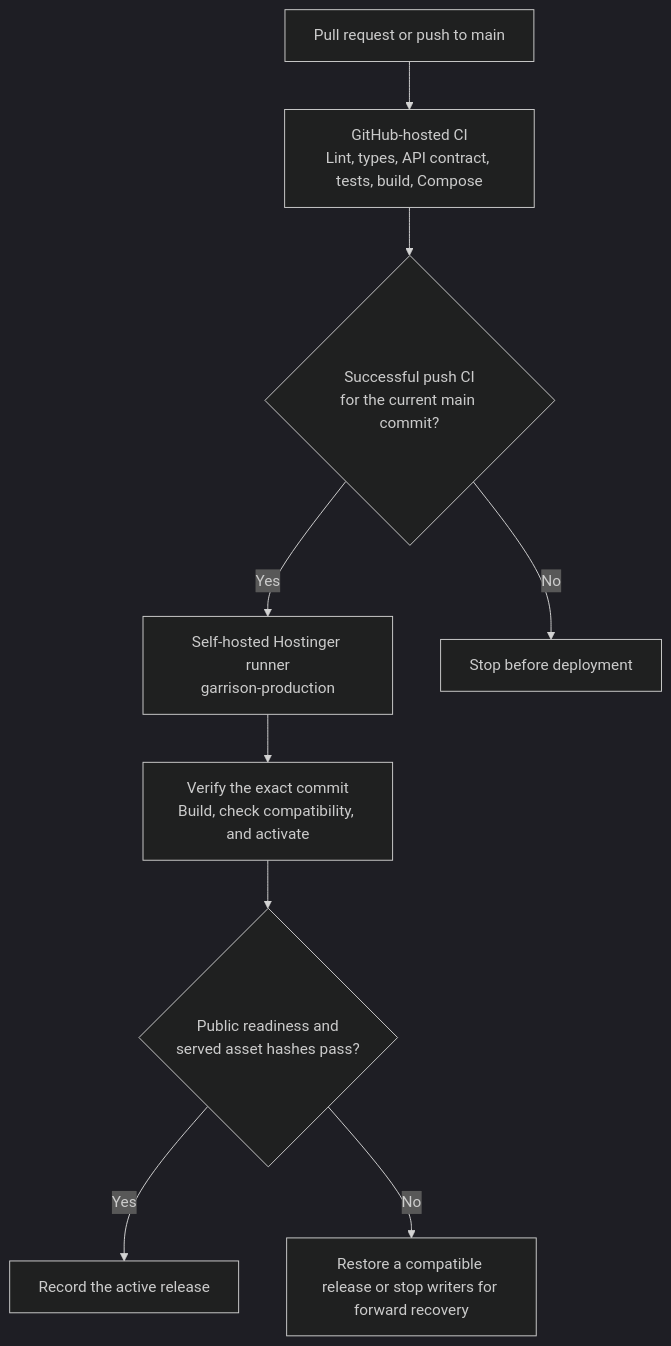
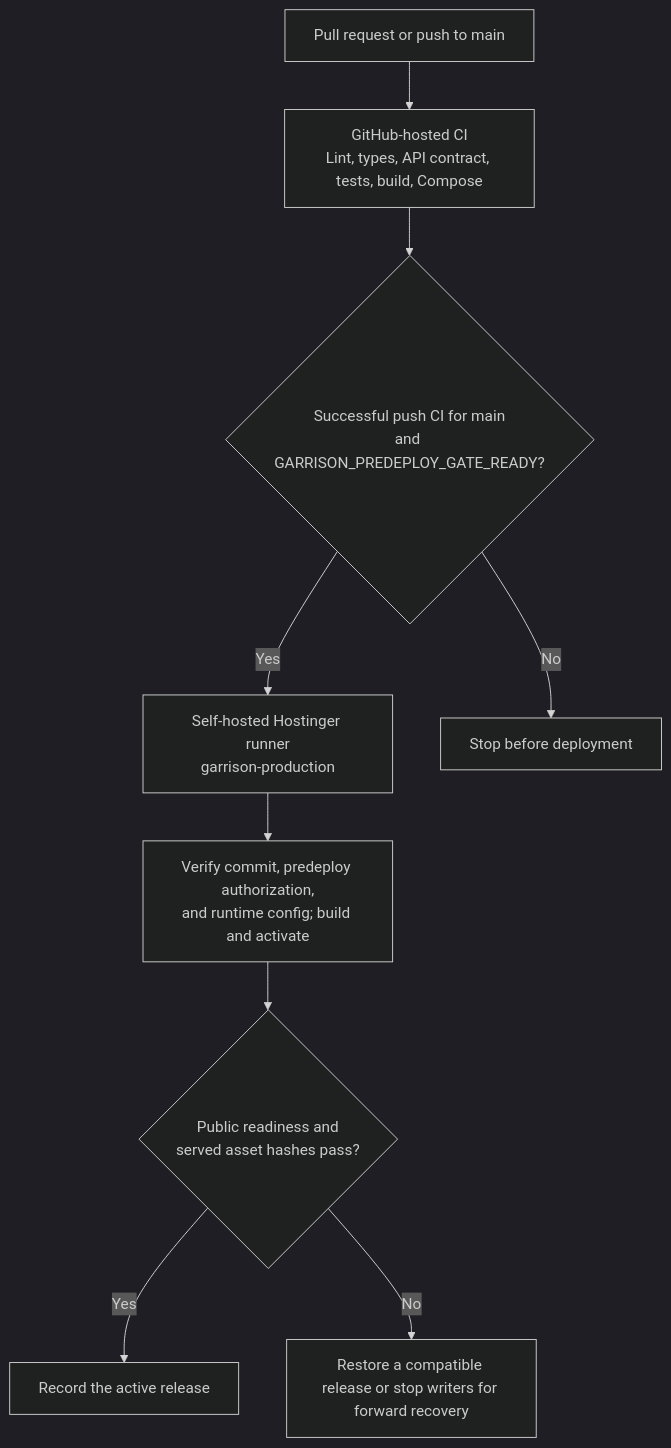
The third of 3 diagrams in README.md (nirzaf/garrison-investments), drawn with Mermaid (dark theme) before and after one commit. The commit also changed other lines of this file and 2 other files, not shown here.

Commit message:
Update documentation for recent portal and release changes

````diff
--- a/README.md
+++ b/README.md
@@ -103,11 +103,11 @@
 ```mermaid
 flowchart TB
     change["Pull request or push to main"] --> ci["GitHub-hosted CI<br/>Lint, types, API contract, tests, build, Compose"]
-    ci --> gate{"Successful push CI<br/>for the current main commit?"}
+    ci --> gate{"Successful push CI for main<br/>and GARRISON_PREDEPLOY_GATE_READY?"}
     gate -->|"Yes"| runner["Self-hosted Hostinger runner<br/>garrison-production"]
     gate -->|"No"| stop["Stop before deployment"]
-    runner --> release["Verify the exact commit<br/>Build, check compatibility, and activate"]
+    runner --> release["Verify commit, predeploy authorization,<br/>and runtime config; build and activate"]
     release --> smoke{"Public readiness and<br/>served asset hashes pass?"}
     smoke -->|"Yes"| receipt["Record the active release"]
     smoke -->|"No"| rollback["Restore a compatible release or stop writers for forward recovery"]
 ```
````
